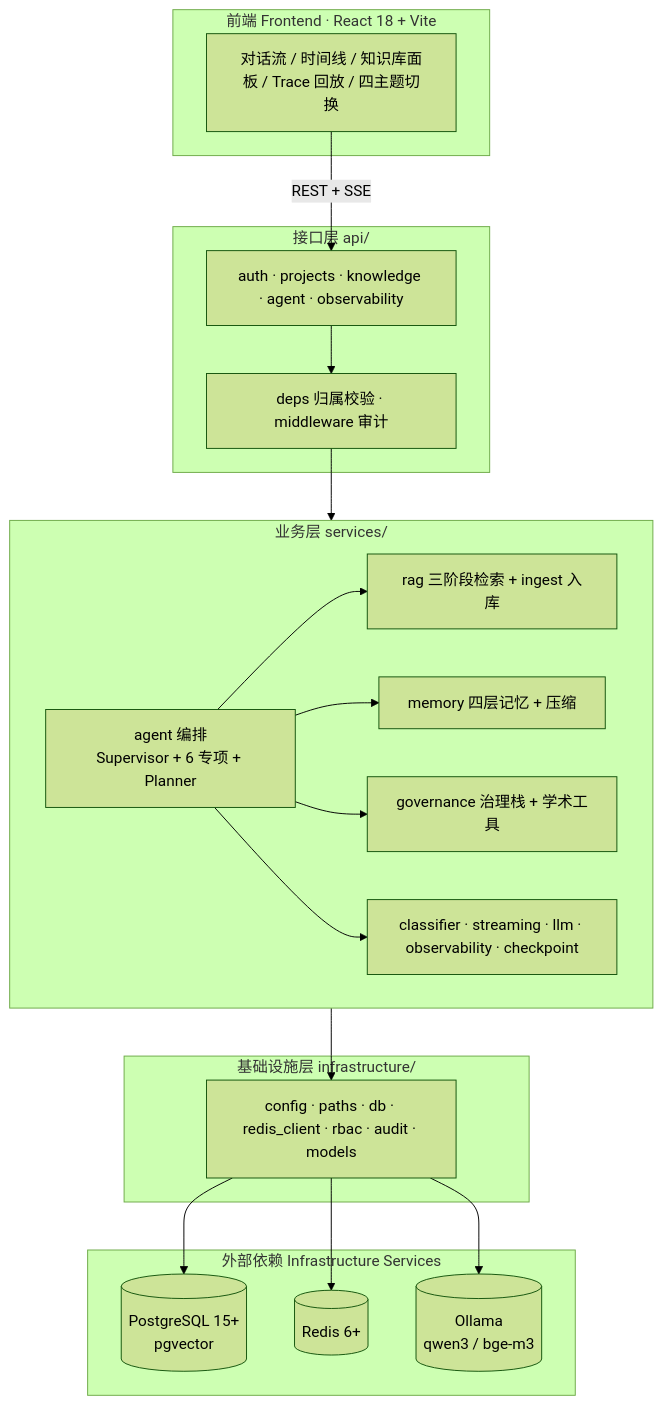
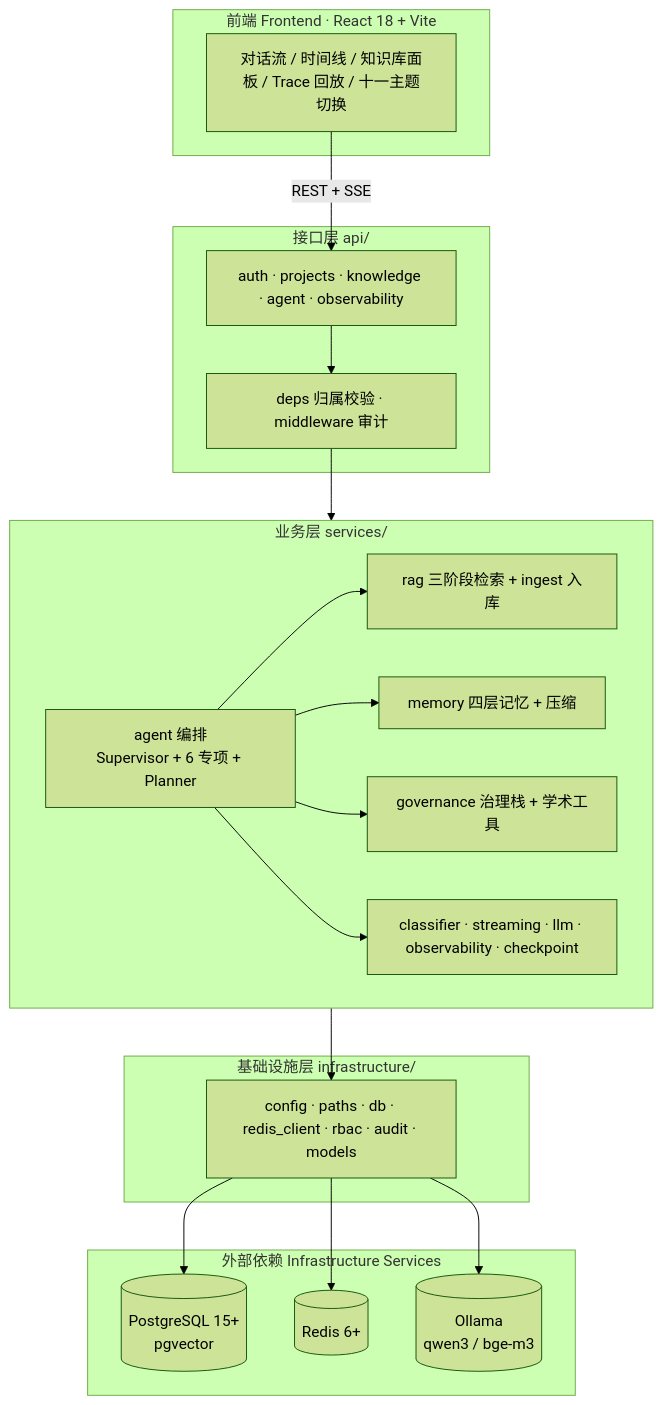
One commit to shangguanyunji663/Lun-Assistant changed the first of 2 diagrams in README.md. Above: the diagram before and after it, drawn with Mermaid (forest theme). The commit also changed other lines of this file and 24 other files, not shown here.

````diff
--- a/README.md
+++ b/README.md
@@ -104,41 +104,41 @@
 ```mermaid
 flowchart TB
     subgraph FE["前端 Frontend · React 18 + Vite"]
-        UI["对话流 / 时间线 / 知识库面板 / Trace 回放 / 四主题切换"]
+        UI["对话流 / 时间线 / 知识库面板 / Trace 回放 / 十一主题切换"]
     end
 
     subgraph API["接口层 api/"]
         A1["auth · projects · knowledge · agent · observability"]
         A2["deps 归属校验 · middleware 审计"]
     end
 
     subgraph SVC["业务层 services/"]
         S1["agent 编排<br/>Supervisor + 6 专项 + Planner"]
         S2["rag 三阶段检索 + ingest 入库"]
         S3["memory 四层记忆 + 压缩"]
         S4["governance 治理栈 + 学术工具"]
         S5["classifier · streaming · llm · observability · checkpoint"]
     end
 
     subgraph INF["基础设施层 infrastructure/"]
         I1["config · paths · db · redis_client · rbac · audit · models"]
     end
 
     subgraph EXT["外部依赖 Infrastructure Services"]
         E1[("PostgreSQL 15+<br/>pgvector")]
         E2[("Redis 6+")]
         E3[("Ollama<br/>qwen3 / bge-m3")]
     end
 
     UI -->|"REST + SSE"| A1
     A1 --> A2
     A2 --> SVC
     S1 --> S2
     S1 --> S3
     S1 --> S4
     S1 --> S5
     SVC --> I1
     I1 --> E1
     I1 --> E2
     I1 --> E3
 ```
````
